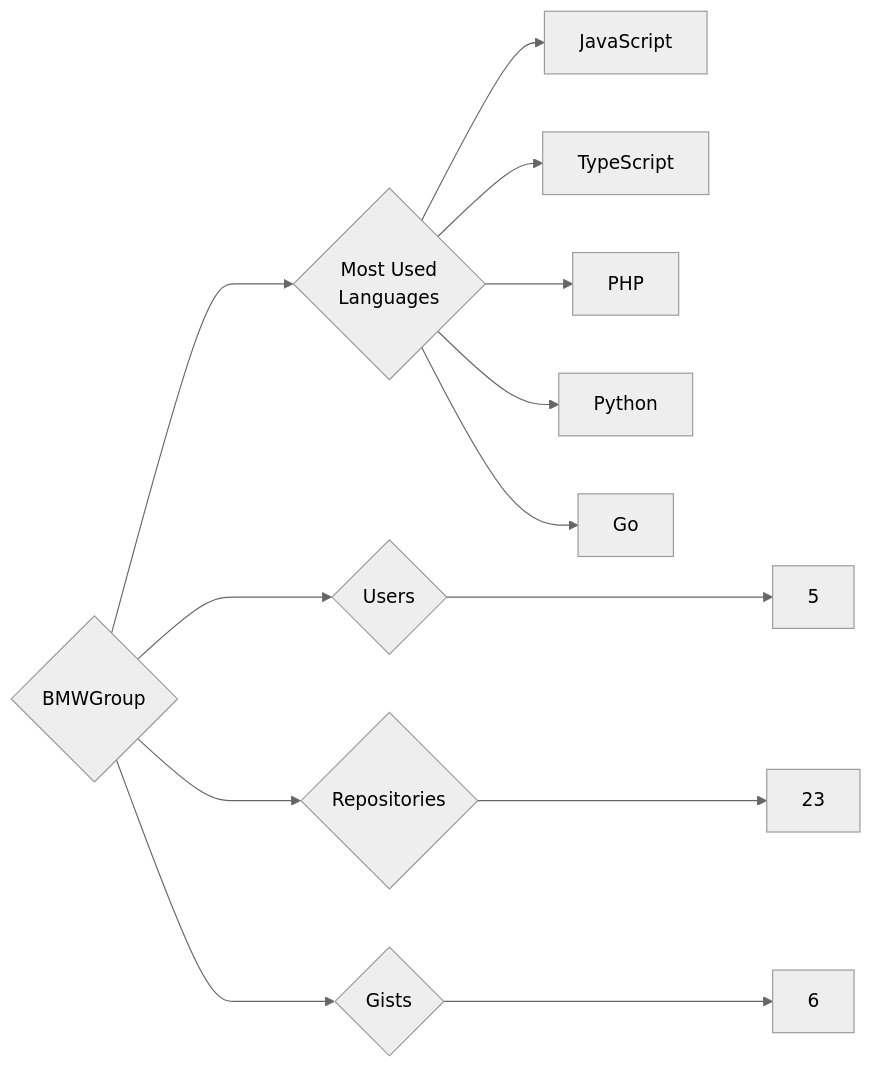
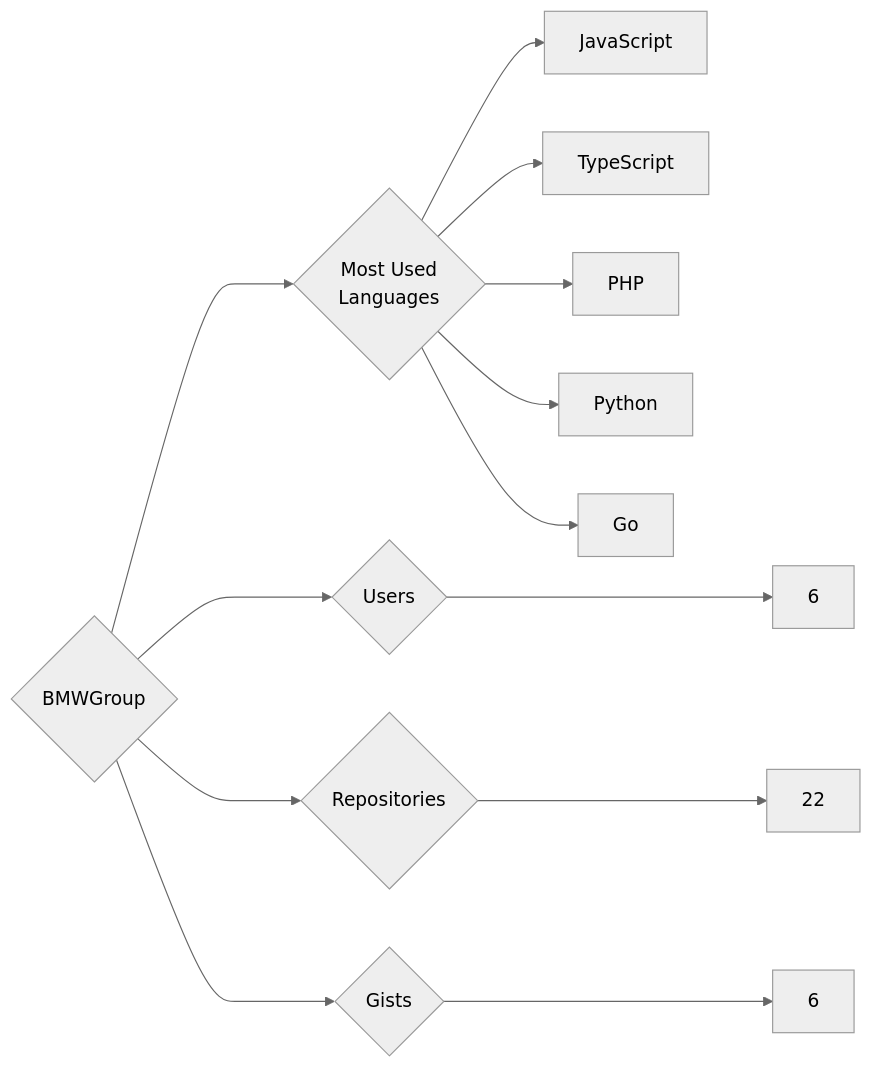
Before and after one commit to trickest/insiders: the diagram in targets/BMWGroup/README.md, drawn with Mermaid (neutral theme). The commit also changed 1120 other files, not shown here.

````diff
--- a/targets/BMWGroup/README.md
+++ b/targets/BMWGroup/README.md
@@ -3,13 +3,13 @@
 ```mermaid
 graph LR
 COMPANY_NAME{BMWGroup}
-COMPANY_NAME ---> U{Users} ---> UN[5]
-COMPANY_NAME ---> R{Repositories} ---> RN[23]
+COMPANY_NAME ---> U{Users} ---> UN[6]
+COMPANY_NAME ---> R{Repositories} ---> RN[22]
 COMPANY_NAME ---> G{Gists} ---> GN[6]
 COMPANY_NAME ---> ML{Most Used<br>Languages}
 ML --> JavaScript[JavaScript]
 ML --> TypeScript[TypeScript]
 ML --> PHP[PHP]
 ML --> Python[Python]
 ML --> Go[Go]
 ```
````
